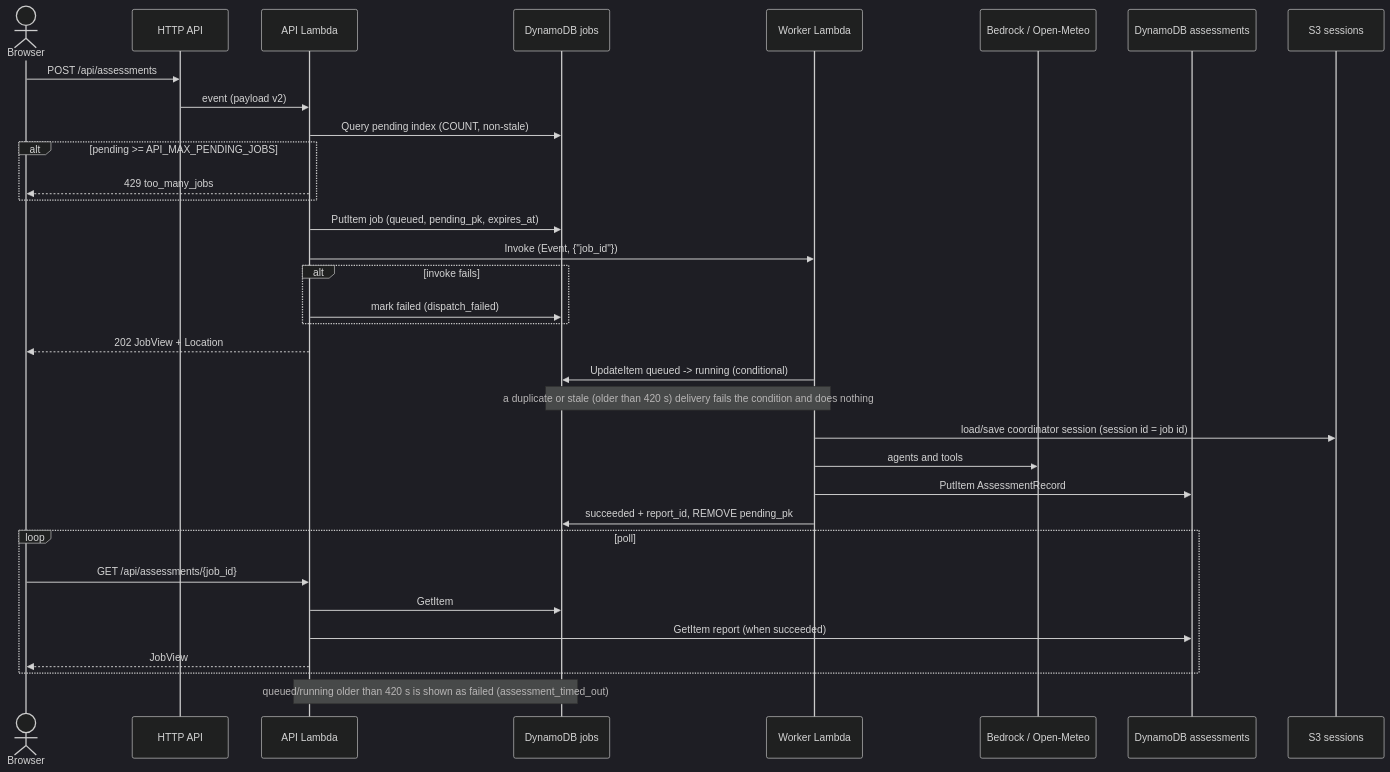
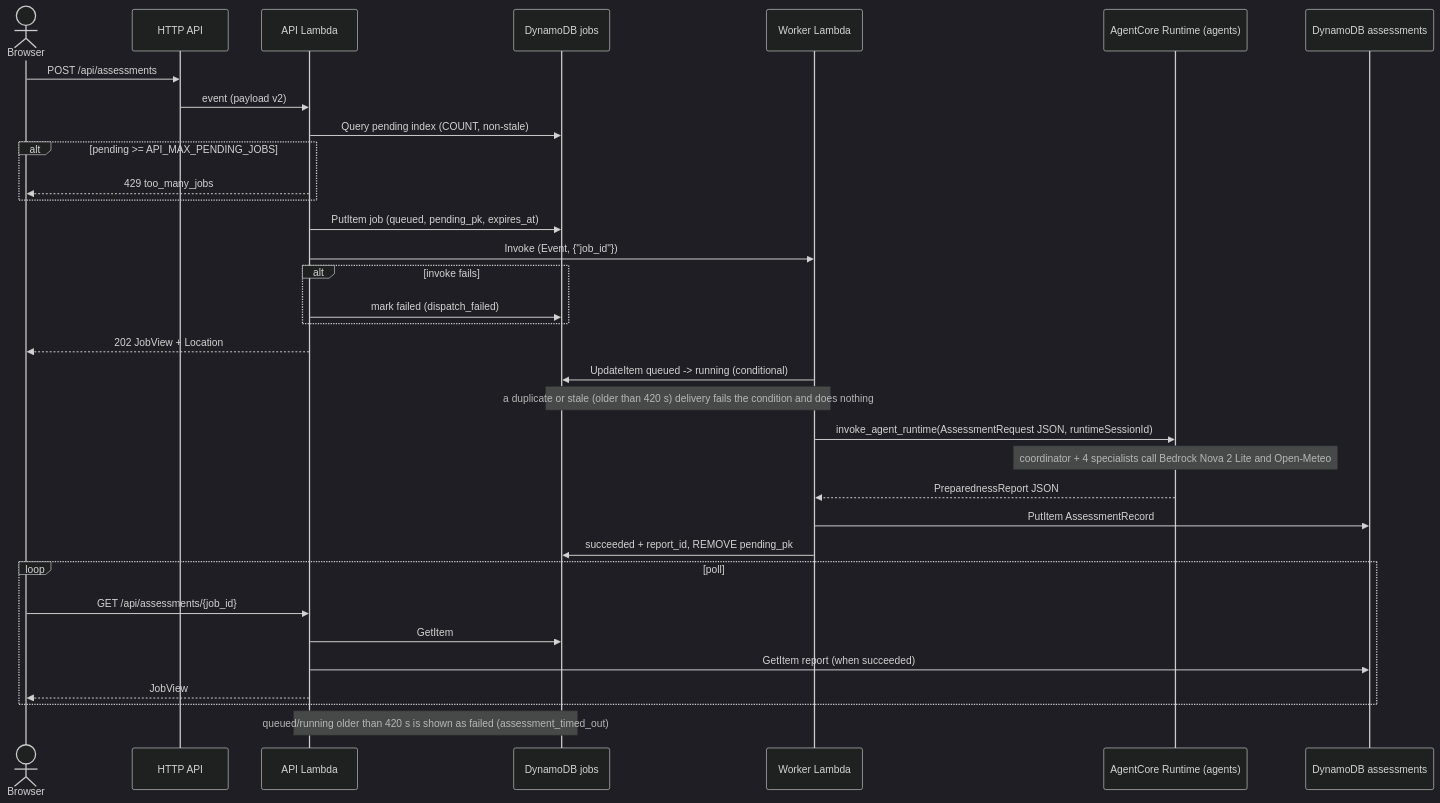
Before and after one commit to dineshrajdhanapathyDD/HeatWise-AI: the third of 3 diagrams in heatwise-ai/docs/architecture.md, drawn with Mermaid (dark theme). The commit also changed other lines of this file and 80 other files, not shown here.

Commit message:
Move specs into heatwise-ai, untrack local folders, add Amplify build spec and AgentCore client

````diff
--- a/heatwise-ai/docs/architecture.md
+++ b/heatwise-ai/docs/architecture.md
@@ -63,36 +71,36 @@
 ```mermaid
 sequenceDiagram
   actor U as Browser
   participant G as HTTP API
   participant A as API Lambda
   participant J as DynamoDB jobs
   participant W as Worker Lambda
-  participant B as Bedrock / Open-Meteo
+  participant R as AgentCore Runtime (agents)
   participant S as DynamoDB assessments
-  participant X as S3 sessions
   U->>G: POST /api/assessments
   G->>A: event (payload v2)
   A->>J: Query pending index (COUNT, non-stale)
   alt pending >= API_MAX_PENDING_JOBS
     A-->>U: 429 too_many_jobs
   end
   A->>J: PutItem job (queued, pending_pk, expires_at)
   A->>W: Invoke (Event, {"job_id"})
   alt invoke fails
     A->>J: mark failed (dispatch_failed)
   end
   A-->>U: 202 JobView + Location
   W->>J: UpdateItem queued -> running (conditional)
   Note over W,J: a duplicate or stale (older than 420 s) delivery fails the condition and does nothing
-  W->>X: load/save coordinator session (session id = job id)
-  W->>B: agents and tools
+  W->>R: invoke_agent_runtime(AssessmentRequest JSON, runtimeSessionId)
+  Note over R: coordinator + 4 specialists call Bedrock Nova 2 Lite and Open-Meteo
+  R-->>W: PreparednessReport JSON
   W->>S: PutItem AssessmentRecord
   W->>J: succeeded + report_id, REMOVE pending_pk
   loop poll
     U->>A: GET /api/assessments/{job_id}
     A->>J: GetItem
     A->>S: GetItem report (when succeeded)
     A-->>U: JobView
   end
   Note over A,J: queued/running older than 420 s is shown as failed (assessment_timed_out)
 ```
````
